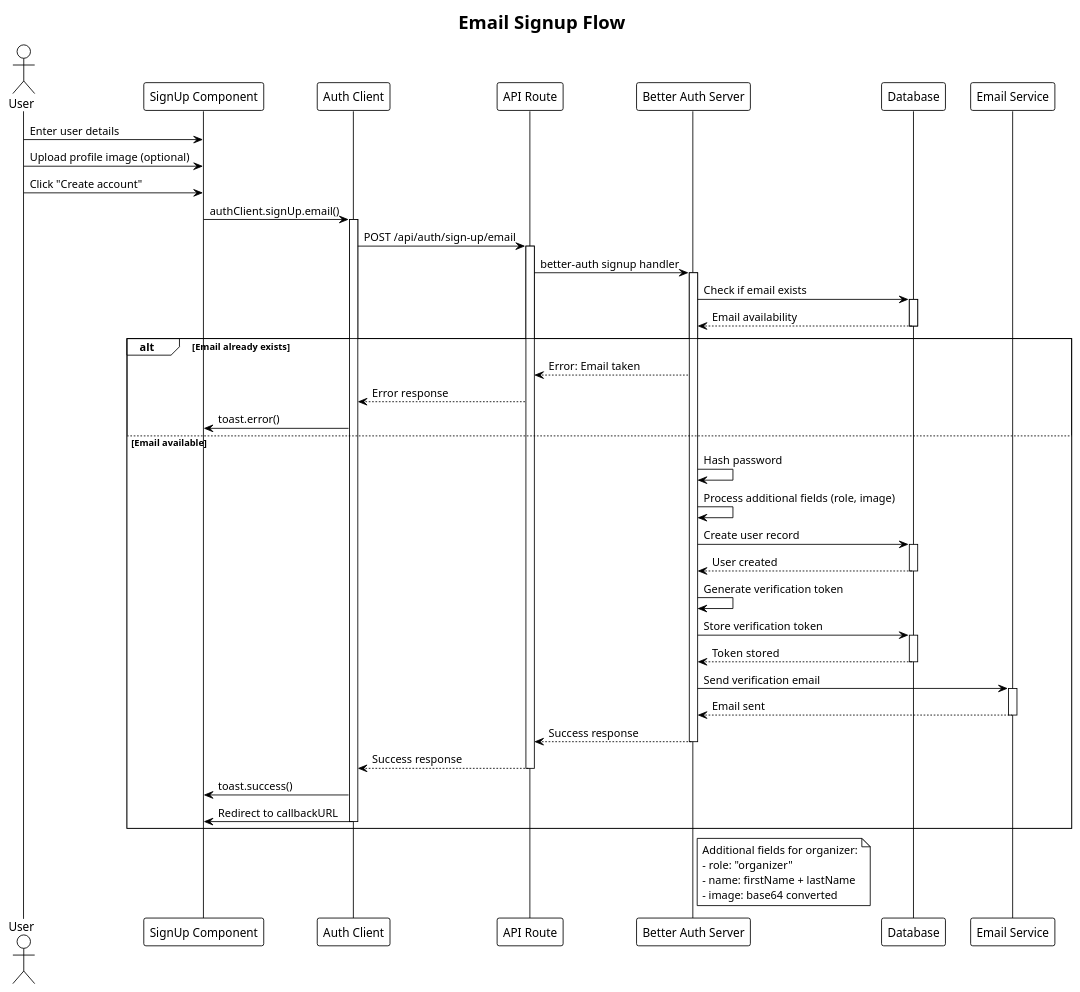
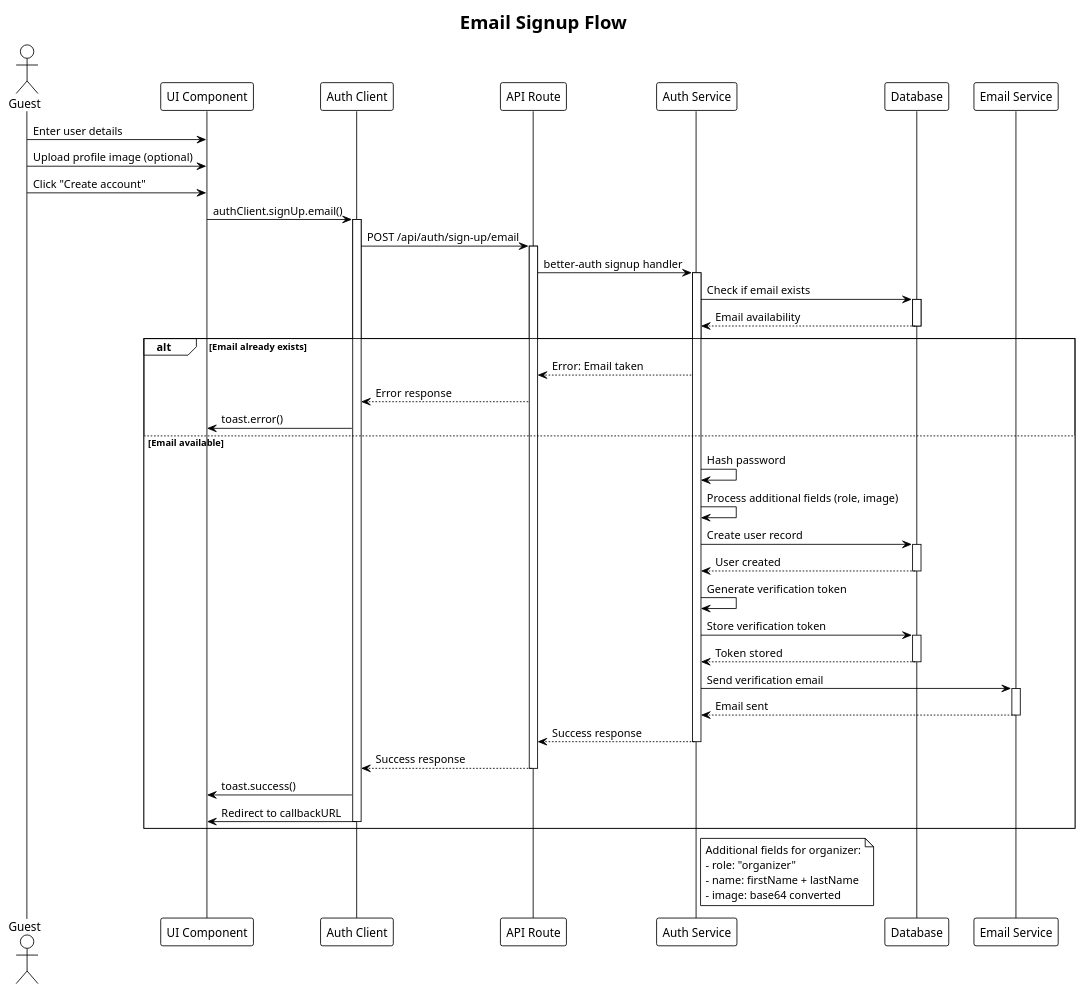
The third of 8 diagrams in puml/auth.puml (VieTicket/vieticket-monorepo), drawn with PlantUML before and after one commit. The commit also changed other lines of this file and 4 other files, not shown here.

Commit message:
[OPS-28] seq diagram for seatmap

```diff
--- a/puml/auth.puml
+++ b/puml/auth.puml
@@ -122,73 +122,73 @@
 @startuml signup
 !theme plain
 title Email Signup Flow
 
-actor User
-participant "SignUp Component" as UI
+actor Guest
+participant "UI Component" as UI
 participant "Auth Client" as Client
 participant "API Route" as API
-participant "Better Auth Server" as Auth
+participant "Auth Service" as Auth
 participant "Database" as DB
 participant "Email Service" as Email
 
-User -> UI: Enter user details
-User -> UI: Upload profile image (optional)
-User -> UI: Click "Create account"
+Guest -> UI: Enter user details
+Guest -> UI: Upload profile image (optional)
+Guest -> UI: Click "Create account"
 
 UI -> Client: authClient.signUp.email()
 activate Client
 
 Client -> API: POST /api/auth/sign-up/email
 activate API
 
 API -> Auth: better-auth signup handler
 activate Auth
 
 Auth -> DB: Check if email exists
 activate DB
 DB --> Auth: Email availability
 deactivate DB
 
 alt Email already exists
     Auth --> API: Error: Email taken
     API --> Client: Error response
     Client -> UI: toast.error()
 else Email available
     Auth -> Auth: Hash password
     Auth -> Auth: Process additional fields (role, image)
     
     Auth -> DB: Create user record
     activate DB
     DB --> Auth: User created
     deactivate DB
     
     Auth -> Auth: Generate verification token
     Auth -> DB: Store verification token
     activate DB
     DB --> Auth: Token stored
     deactivate DB
     
     Auth -> Email: Send verification email
     activate Email
     Email --> Auth: Email sent
     deactivate Email
     
     Auth --> API: Success response
     deactivate Auth
     
     API --> Client: Success response
     deactivate API
     
     Client -> UI: toast.success()
     Client -> UI: Redirect to callbackURL
     deactivate Client
 end
 
 note right of Auth
   Additional fields for organizer:
   - role: "organizer"
   - name: firstName + lastName
   - image: base64 converted
 end note
 
 @enduml
```
